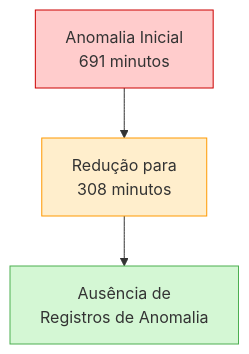
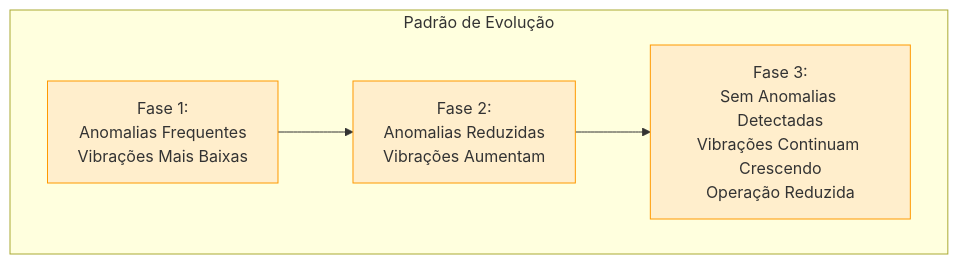
Before and after one commit to wonder-dmercadal/PublicReports: the fourth of 11 diagrams in Frade_TG2_Analysis.md, drawn with Mermaid. The commit also changed other lines of this file, not shown here.

````diff
--- a/Frade_TG2_Analysis.md
+++ b/Frade_TG2_Analysis.md
@@ -194,9 +154,10 @@
 ```mermaid
 graph TD
-    A[Anomalia Inicial<br>691 minutos] --> B[Redução para<br>308 minutos]
-    B --> C[Ausência de<br>Registros de Anomalia]
+    subgraph "Padrão de Evolução"
+    A["Fase 1:<br>Anomalias Frequentes<br>Vibrações Mais Baixas"] --> B["Fase 2:<br>Anomalias Reduzidas<br>Vibrações Aumentam"]
+    B --> C["Fase 3:<br>Sem Anomalias Detectadas<br>Vibrações Continuam Crescendo<br>Operação Reduzida"]
+    end
     
-    style A fill:#ffcccc,stroke:#cc0000
-    style B fill:#ffeecc,stroke:#ff9900
-    style C fill:#d4f7d4,stroke:#4CAF50
+    classDef phase fill:#ffeecc,stroke:#ff9900
+    class A,B,C phase
 ```
````
